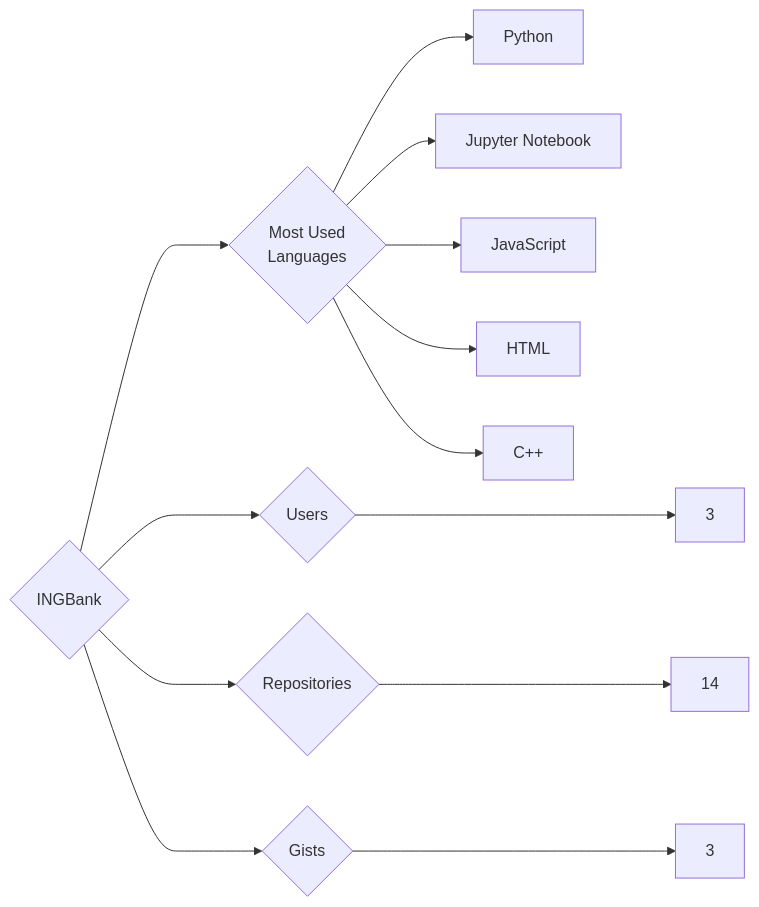
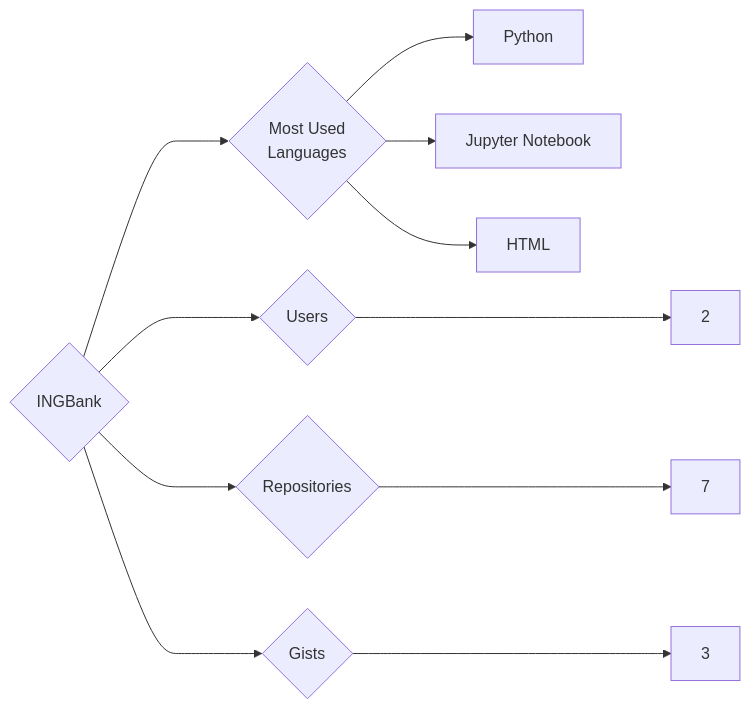
One commit to trickest/insiders changed the diagram in targets/INGBank/README.md. Above: the diagram before and after it, drawn with Mermaid. The commit also changed 938 other files, not shown here.

````diff
--- a/targets/INGBank/README.md
+++ b/targets/INGBank/README.md
@@ -3,13 +3,11 @@
 ```mermaid
 graph LR
 COMPANY_NAME{INGBank}
-COMPANY_NAME ---> U{Users} ---> UN[3]
-COMPANY_NAME ---> R{Repositories} ---> RN[14]
+COMPANY_NAME ---> U{Users} ---> UN[2]
+COMPANY_NAME ---> R{Repositories} ---> RN[7]
 COMPANY_NAME ---> G{Gists} ---> GN[3]
 COMPANY_NAME ---> ML{Most Used<br>Languages}
 ML --> Python[Python]
 ML --> Jupyter_Notebook[Jupyter Notebook]
-ML --> JavaScript[JavaScript]
 ML --> HTML[HTML]
-ML --> C++[C++]
 ```
````
